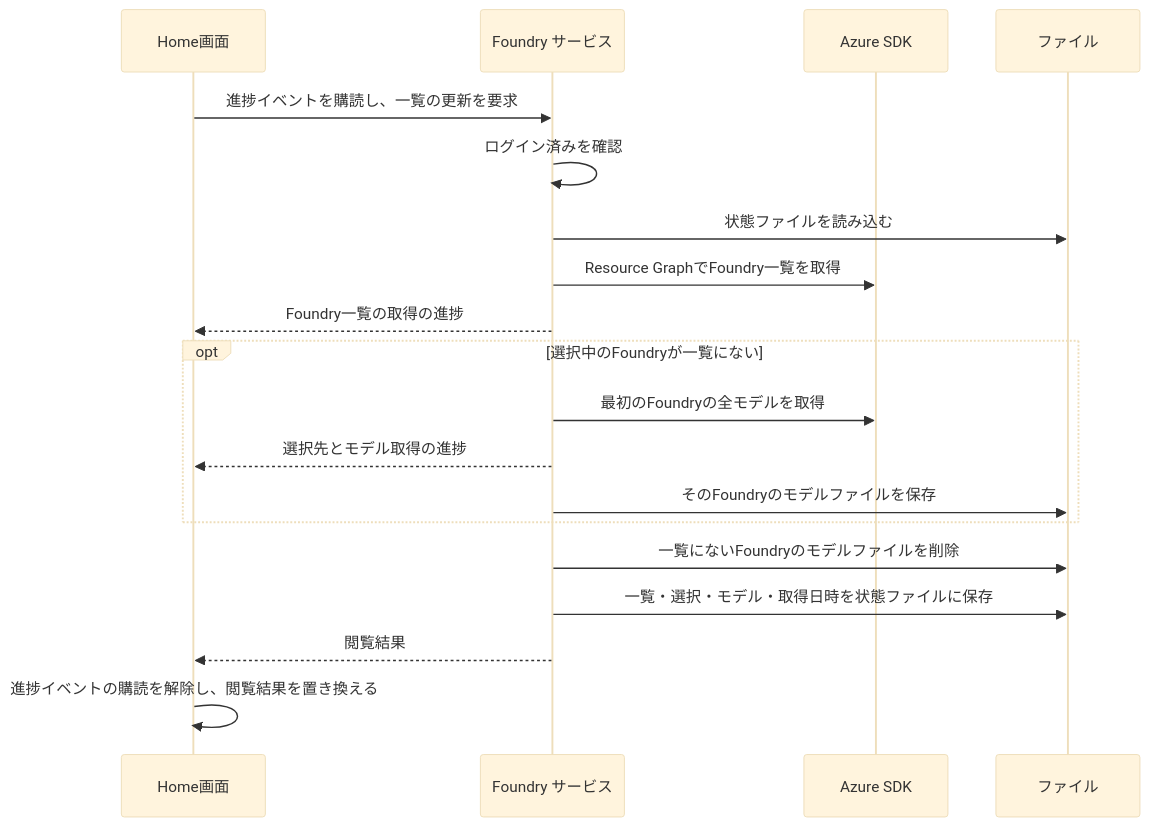
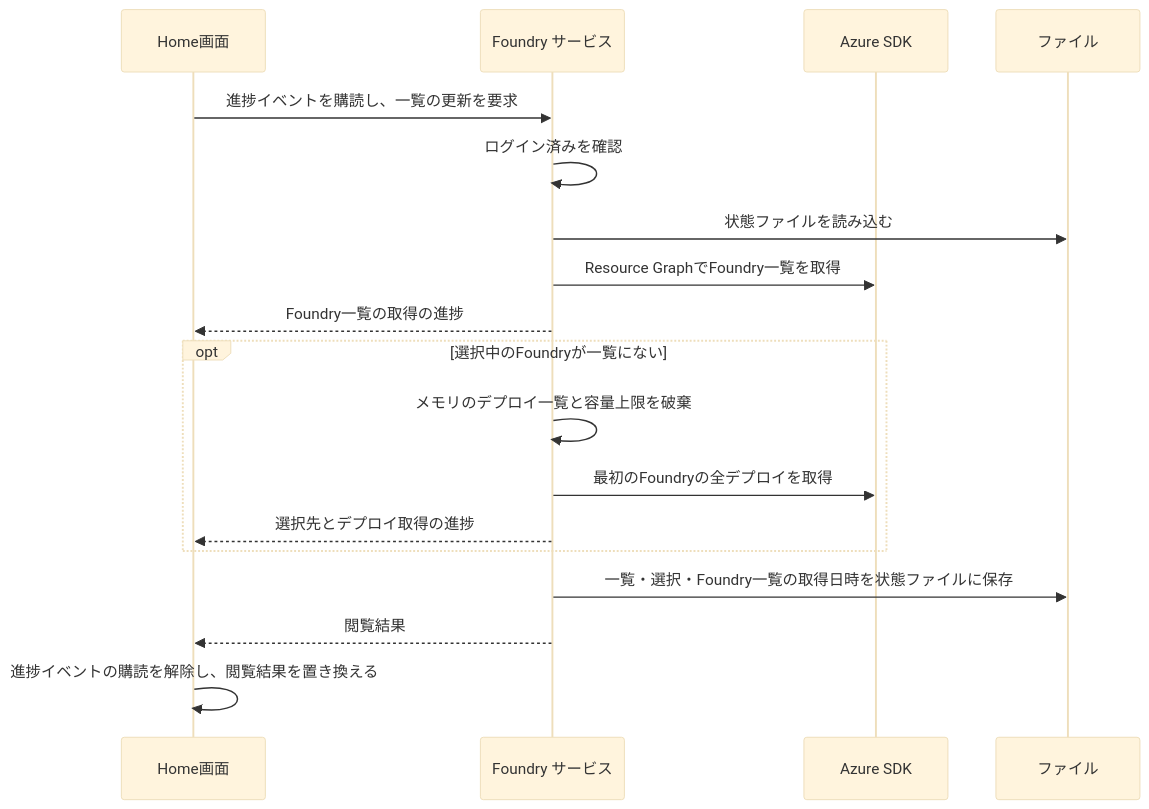
One commit to nuitsjp/azfoundry-deck changed the fourth of 5 diagrams in docs/design/UCP-1.md. Above: the diagram before and after it, drawn with Mermaid (base theme). The commit also changed other lines of this file and 88 other files, not shown here.

````diff
--- a/docs/design/UCP-1.md
+++ b/docs/design/UCP-1.md
@@ -144,21 +131,20 @@
 ```mermaid
 sequenceDiagram
   participant U as Home画面
   participant S as Foundry サービス
   participant K as Azure SDK
   participant F as ファイル
   U->>S: 進捗イベントを購読し、一覧の更新を要求
   S->>S: ログイン済みを確認
   S->>F: 状態ファイルを読み込む
   S->>K: Resource GraphでFoundry一覧を取得
   S-->>U: Foundry一覧の取得の進捗
   opt 選択中のFoundryが一覧にない
-    S->>K: 最初のFoundryの全モデルを取得
-    S-->>U: 選択先とモデル取得の進捗
-    S->>F: そのFoundryのモデルファイルを保存
+    S->>S: メモリのデプロイ一覧と容量上限を破棄
+    S->>K: 最初のFoundryの全デプロイを取得
+    S-->>U: 選択先とデプロイ取得の進捗
   end
-  S->>F: 一覧にないFoundryのモデルファイルを削除
-  S->>F: 一覧・選択・モデル・取得日時を状態ファイルに保存
+  S->>F: 一覧・選択・Foundry一覧の取得日時を状態ファイルに保存
   S-->>U: 閲覧結果
   U->>U: 進捗イベントの購読を解除し、閲覧結果を置き換える
 ```
````
